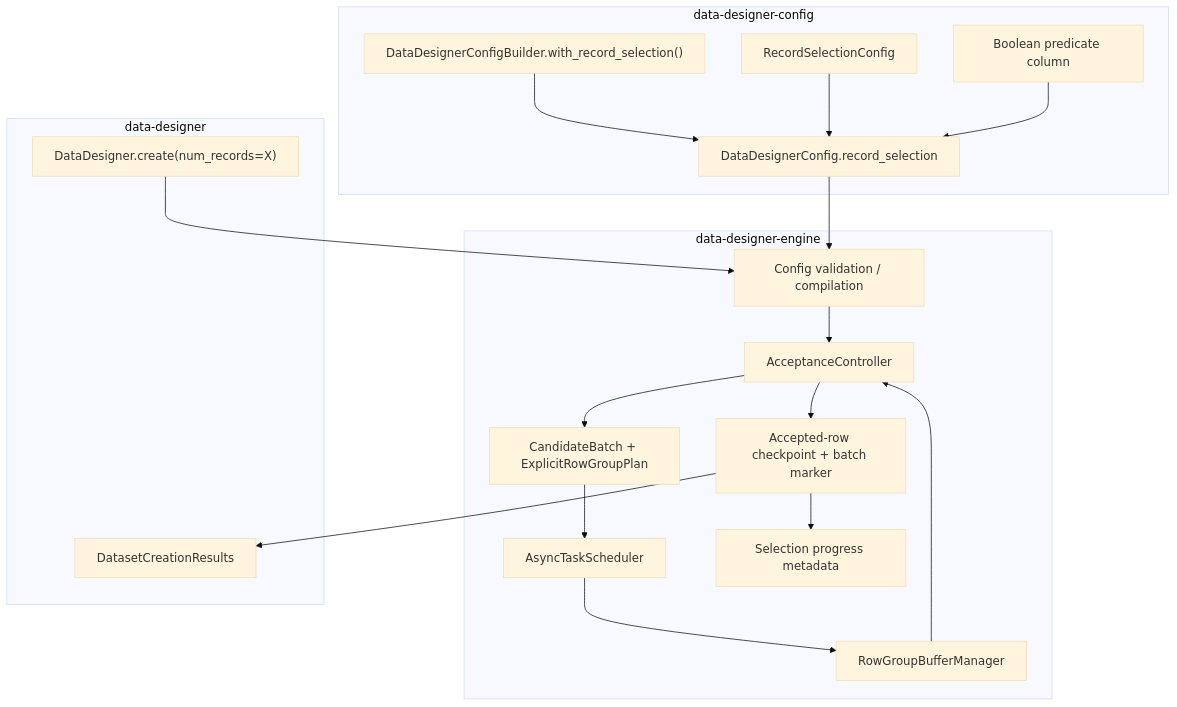
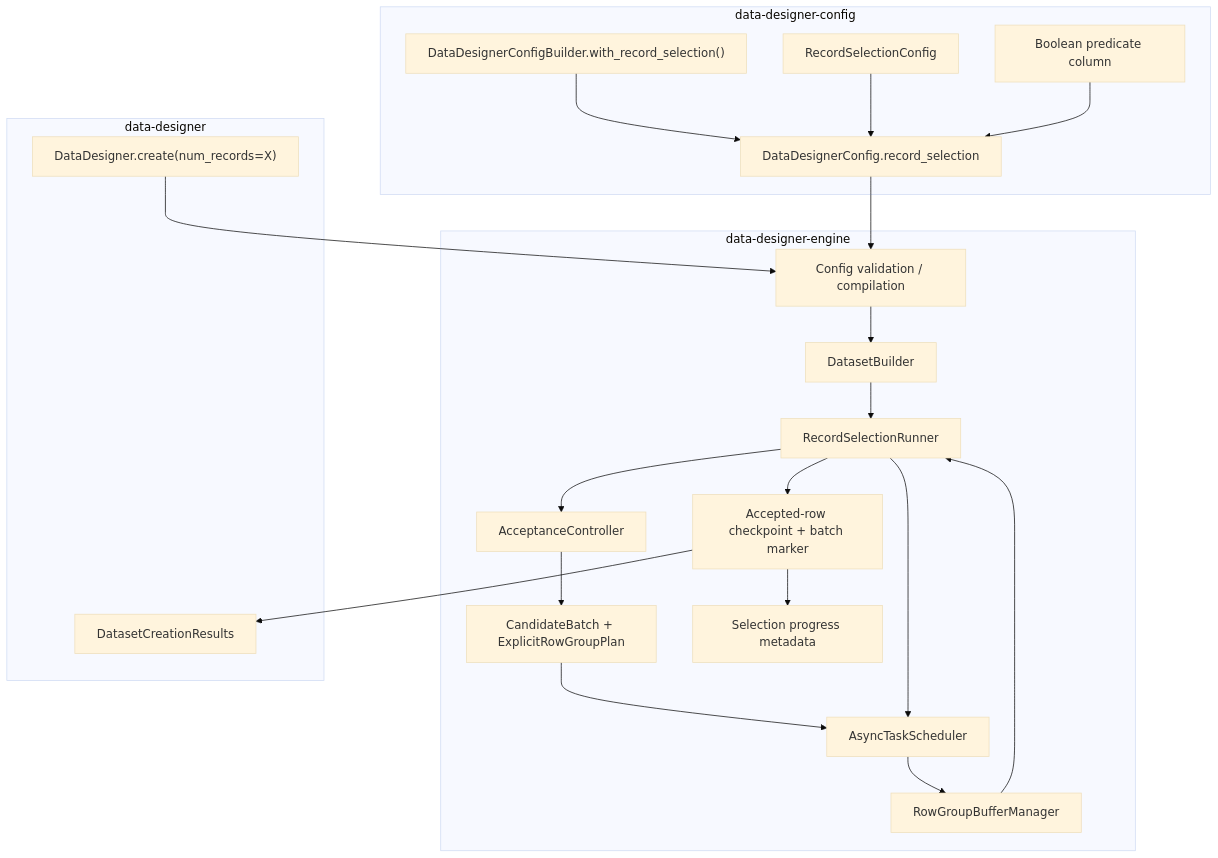
One commit to NVIDIA-NeMo/DataDesigner changed the first of 7 diagrams in plans/790/engine-native-record-selection.md. Above: the diagram before and after it, drawn with Mermaid (base theme). The commit also changed other lines of this file and 8 other files, not shown here.

First line of the commit message:
extract record selection runner

````diff
--- a/plans/790/engine-native-record-selection.md
+++ b/plans/790/engine-native-record-selection.md
@@ -255,38 +255,43 @@
 ```mermaid
 flowchart TD
     subgraph config_pkg ["data-designer-config"]
         selection_config["RecordSelectionConfig"]
         data_config["DataDesignerConfig.record_selection"]
         builder_api["DataDesignerConfigBuilder.with_record_selection()"]
         predicate_col["Boolean predicate column"]
     end
 
     subgraph engine_pkg ["data-designer-engine"]
         compiler["Config validation / compilation"]
+        builder["DatasetBuilder"]
+        runner["RecordSelectionRunner"]
         controller["AcceptanceController"]
         candidate_plan["CandidateBatch + ExplicitRowGroupPlan"]
         scheduler["AsyncTaskScheduler"]
         buffer["RowGroupBufferManager"]
         checkpoint["Accepted-row checkpoint + batch marker"]
         metadata["Selection progress metadata"]
     end
 
     subgraph interface_pkg ["data-designer"]
         create_api["DataDesigner.create(num_records=X)"]
         results["DatasetCreationResults"]
     end
 
     builder_api --> data_config
     selection_config --> data_config
     predicate_col --> data_config
     create_api --> compiler
     data_config --> compiler
-    compiler --> controller
+    compiler --> builder
+    builder --> runner
+    runner --> controller
     controller --> candidate_plan
     candidate_plan --> scheduler
+    runner --> scheduler
     scheduler --> buffer
-    buffer --> controller
-    controller --> checkpoint
+    buffer --> runner
+    runner --> checkpoint
     checkpoint --> metadata
     checkpoint --> results
 ```
````
